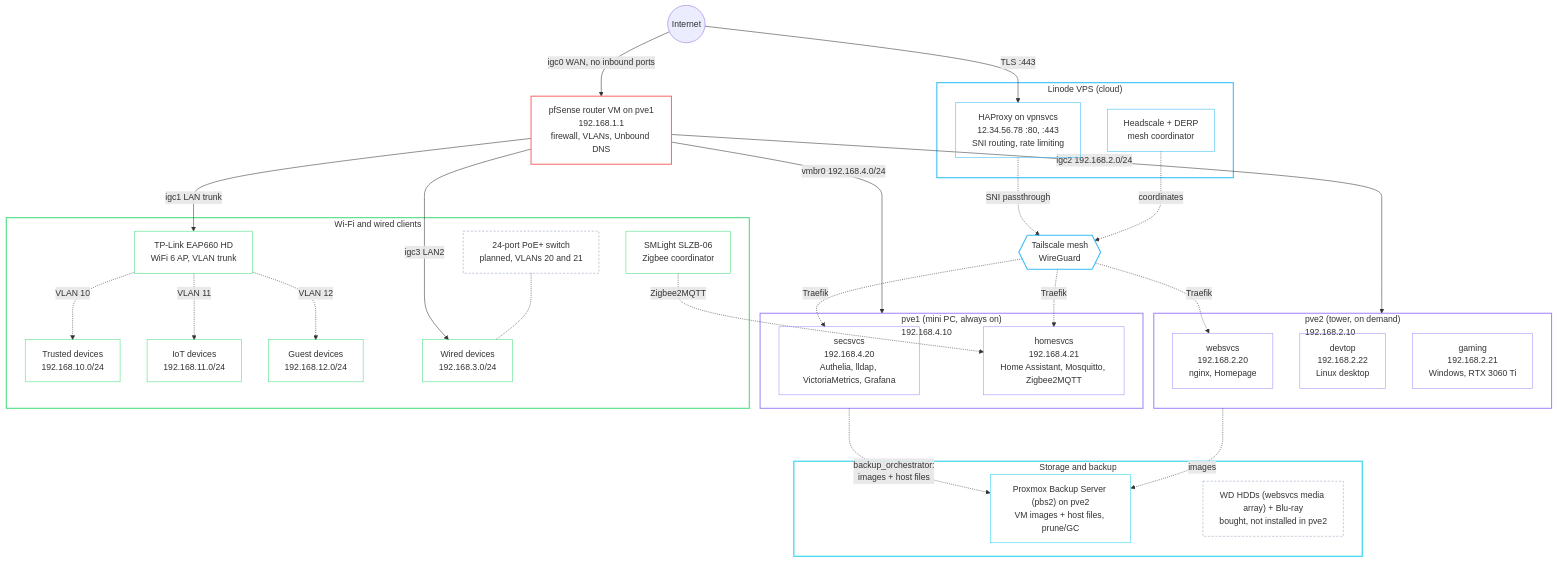
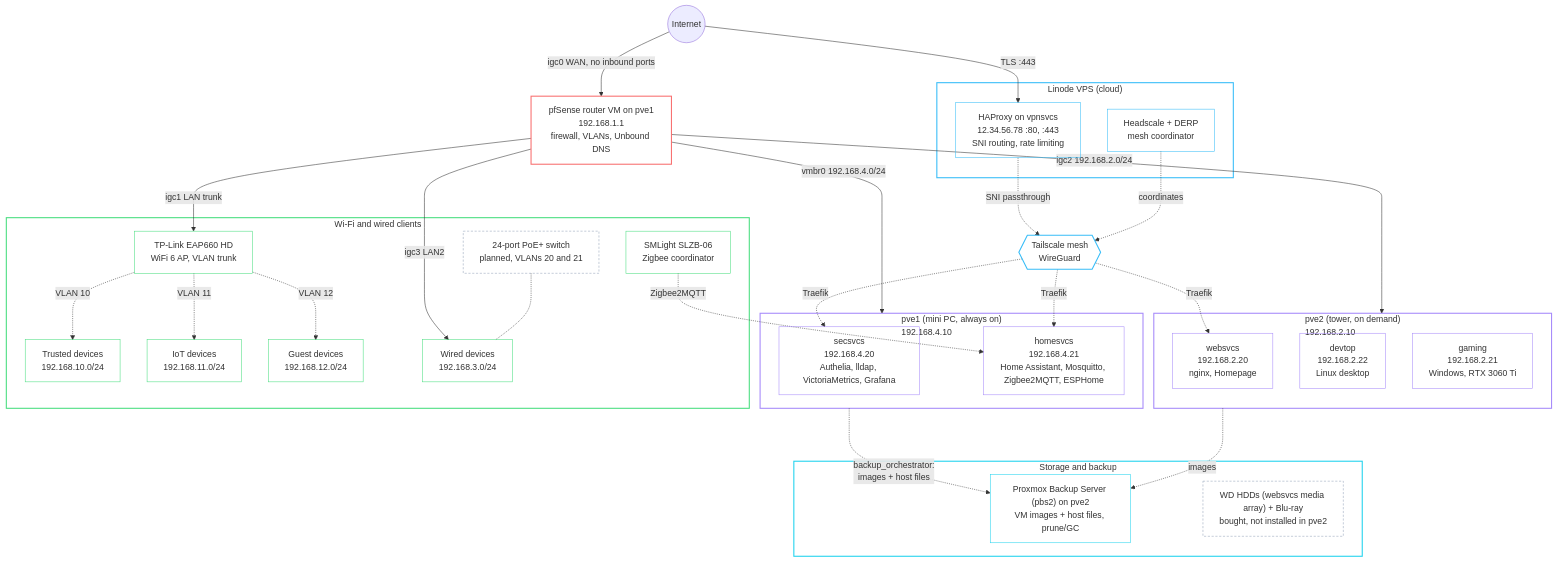
The diagram in rendered/docs/architecture.md (babraham123/homelab), drawn with Mermaid before and after one commit. The commit also changed 36 other files, not shown here.

First line of the commit message:
esphome: install the dashboard on homesvcs

````diff
--- a/rendered/docs/architecture.md
+++ b/rendered/docs/architecture.md
@@ -20,75 +20,75 @@
 ```mermaid
 flowchart TB
     inet(("Internet"))
 
     subgraph cloud["Linode VPS (cloud)"]
         haproxy["HAProxy on vpnsvcs<br/>12.34.56.78 :80, :443<br/>SNI routing, rate limiting"]
         headscale["Headscale + DERP<br/>mesh coordinator"]
     end
 
     fw["pfSense router VM on pve1<br/>192.168.1.1<br/>firewall, VLANs, Unbound DNS"]
     mesh{{"Tailscale mesh<br/>WireGuard"}}
 
     subgraph pve1["pve1 (mini PC, always on)<br/>192.168.4.10"]
         secsvcs["secsvcs<br/>192.168.4.20<br/>Authelia, lldap, VictoriaMetrics, Grafana"]
-        homesvcs["homesvcs<br/>192.168.4.21<br/>Home Assistant, Mosquitto, Zigbee2MQTT"]
+        homesvcs["homesvcs<br/>192.168.4.21<br/>Home Assistant, Mosquitto, Zigbee2MQTT, ESPHome"]
     end
 
     subgraph pve2["pve2 (tower, on demand)<br/>192.168.2.10"]
         websvcs["websvcs<br/>192.168.2.20<br/>nginx, Homepage"]
         devtop["devtop<br/>192.168.2.22<br/>Linux desktop"]
         gaming["gaming<br/>192.168.2.21<br/>Windows, RTX 3060 Ti"]
     end
 
     subgraph clients["Wi-Fi and wired clients"]
         ap["TP-Link EAP660 HD<br/>WiFi 6 AP, VLAN trunk"]
         trusted["Trusted devices<br/>192.168.10.0/24"]
         iot["IoT devices<br/>192.168.11.0/24"]
         guest["Guest devices<br/>192.168.12.0/24"]
         zigbee["SMLight SLZB-06<br/>Zigbee coordinator"]
         wdev["Wired devices<br/>192.168.3.0/24"]
         sw["24-port PoE+ switch<br/>planned, VLANs 20 and 21"]
     end
 
     subgraph store["Storage and backup"]
         pbs2["Proxmox Backup Server (pbs2) on pve2<br/>VM images + host files, prune/GC"]
         hdds["WD HDDs (websvcs media array) + Blu-ray<br/>bought, not installed in pve2"]
     end
 
     inet -- "TLS :443" --> haproxy
     inet -- "igc0 WAN, no inbound ports" --> fw
     haproxy -. "SNI passthrough" .-> mesh
     headscale -. "coordinates" .-> mesh
     mesh -. "Traefik" .-> secsvcs
     mesh -. "Traefik" .-> homesvcs
     mesh -. "Traefik" .-> websvcs
     fw -- "vmbr0 192.168.4.0/24" --> pve1
     fw -- "igc2 192.168.2.0/24" --> pve2
     fw -- "igc1 LAN trunk" --> ap
     fw -- "igc3 LAN2" --> wdev
     ap -. "VLAN 10" .-> trusted
     ap -. "VLAN 11" .-> iot
     ap -. "VLAN 12" .-> guest
     zigbee -. "Zigbee2MQTT" .-> homesvcs
     sw -.- wdev
     pve1 -. "backup_orchestrator:<br/>images + host files" .-> pbs2
     pve2 -. "images" .-> pbs2
 
     style cloud stroke:#38bdf8,stroke-width:2px,fill:transparent
     style pve1 stroke:#a78bfa,stroke-width:2px,fill:transparent
     style pve2 stroke:#a78bfa,stroke-width:2px,fill:transparent
     style clients stroke:#4ade80,stroke-width:2px,fill:transparent
     style store stroke:#22d3ee,stroke-width:2px,fill:transparent
     style fw stroke:#f87171,stroke-width:2px,fill:transparent
     style mesh stroke:#38bdf8,stroke-width:2px,fill:transparent
     classDef ext stroke:#38bdf8,fill:transparent
     classDef host stroke:#a78bfa,fill:transparent
     classDef data stroke:#22d3ee,fill:transparent
     classDef dev stroke:#4ade80,fill:transparent
     classDef planned stroke:#94a3b8,stroke-dasharray:4 3,fill:transparent
     class haproxy,headscale ext
     class secsvcs,homesvcs,websvcs,devtop,gaming host
     class pbs2 data
     class ap,trusted,iot,guest,zigbee,wdev dev
     class hdds,sw planned
 ```
````
